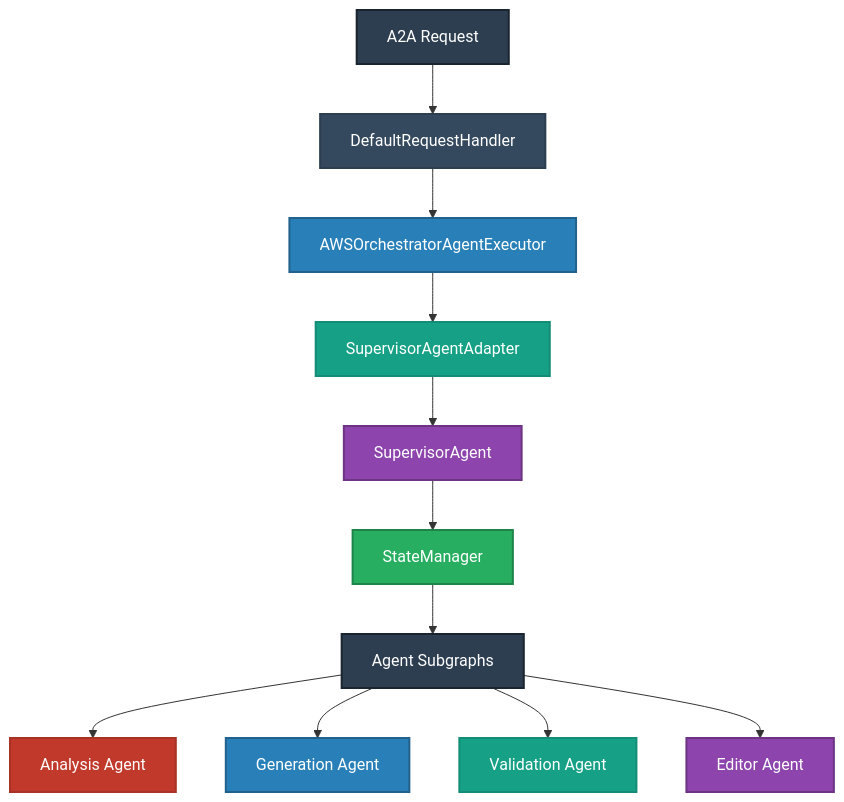
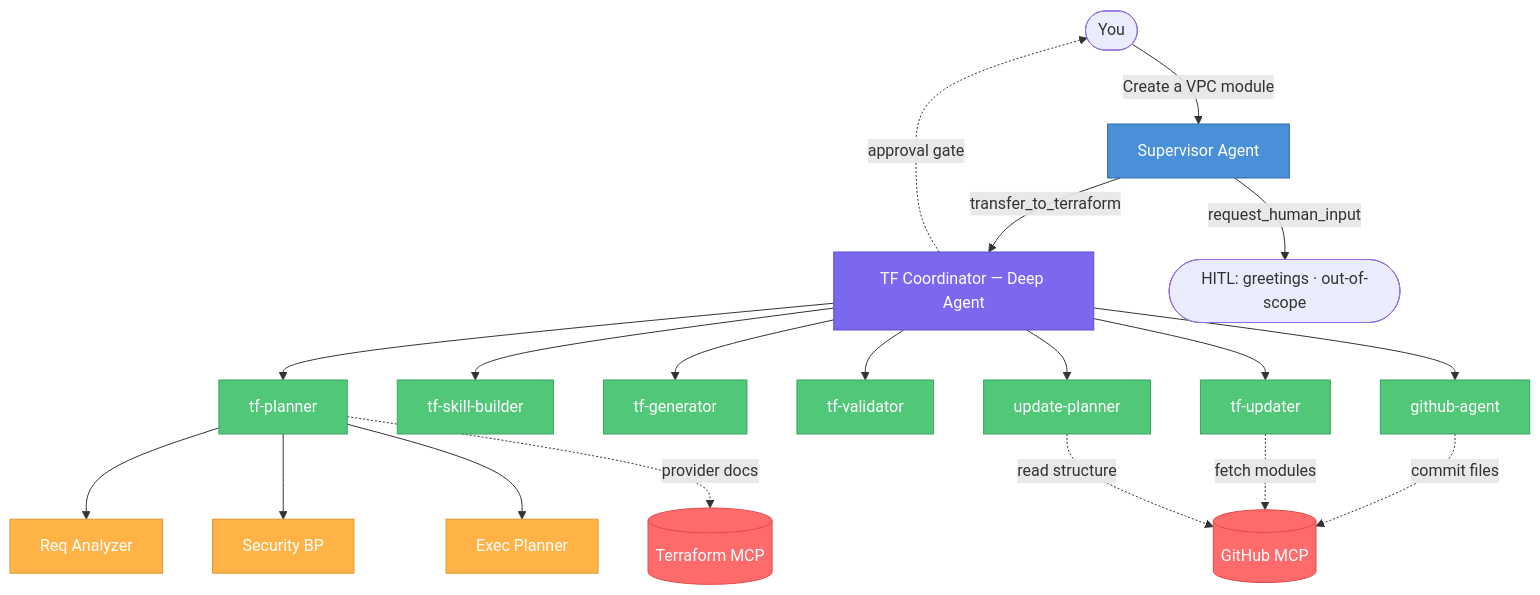
One commit to talkops-ai/aws-orchestrator-agent changed the diagram in README.md. Above: the diagram before and after it, drawn with Mermaid. The commit also changed other lines of this file and 213 other files, not shown here.

Commit message:
refactor: overhaul agent architecture by replacing legacy generator/planner modules with a new TF operator system and integrating the A2UI extension.

````diff
--- a/README.md
+++ b/README.md
@@ -125,26 +84,41 @@
 ```mermaid
 graph TD
-    A[A2A Request] --> B[DefaultRequestHandler]
-    B --> C[AWSOrchestratorAgentExecutor]
-    C --> D[SupervisorAgentAdapter]
-    D --> E[SupervisorAgent]
-    E --> F[StateManager]
-    F --> G[Agent Subgraphs]
-    
-    G --> H[Analysis Agent]
-    G --> I[Generation Agent]
-    G --> J[Validation Agent]
-    G --> K[Editor Agent]
-    
-    style A fill:#2c3e50,stroke:#1a252f,stroke-width:2px,color:#fff
-    style B fill:#34495e,stroke:#2c3e50,stroke-width:2px,color:#fff
-    style C fill:#2980b9,stroke:#21618c,stroke-width:2px,color:#fff
-    style D fill:#16a085,stroke:#138d75,stroke-width:2px,color:#fff
-    style E fill:#8e44ad,stroke:#6c3483,stroke-width:2px,color:#fff
-    style F fill:#27ae60,stroke:#1e8449,stroke-width:2px,color:#fff
-    style G fill:#2c3e50,stroke:#1a252f,stroke-width:2px,color:#fff
-    style H fill:#c0392b,stroke:#a93226,stroke-width:2px,color:#fff
-    style I fill:#2980b9,stroke:#21618c,stroke-width:2px,color:#fff
-    style J fill:#16a085,stroke:#138d75,stroke-width:2px,color:#fff
-    style K fill:#8e44ad,stroke:#6c3483,stroke-width:2px,color:#fff
+    User([You]) -->|"Create a VPC module"| S[Supervisor Agent]
+
+    S -->|transfer_to_terraform| C[TF Coordinator — Deep Agent]
+    S -->|request_human_input| H([HITL: greetings · out-of-scope])
+
+    C --> P[tf-planner]
+    C --> SB[tf-skill-builder]
+    C --> G[tf-generator]
+    C --> V[tf-validator]
+    C --> UP[update-planner]
+    C --> TU[tf-updater]
+    C --> GA[github-agent]
+
+    P --> RA[Req Analyzer]
+    P --> SEC[Security BP]
+    P --> EP[Exec Planner]
+
+    P -.->|provider docs| TF_MCP[(Terraform MCP)]
+    GA -.->|commit files| GH_MCP[(GitHub MCP)]
+    TU -.->|fetch modules| GH_MCP
+    UP -.->|read structure| GH_MCP
+
+    C -.->|approval gate| User
+
+    style S fill:#4A90D9,stroke:#2E6BA6,color:#fff
+    style C fill:#7B68EE,stroke:#5A4FCF,color:#fff
+    style P fill:#50C878,stroke:#3BA366,color:#fff
+    style SB fill:#50C878,stroke:#3BA366,color:#fff
+    style G fill:#50C878,stroke:#3BA366,color:#fff
+    style V fill:#50C878,stroke:#3BA366,color:#fff
+    style UP fill:#50C878,stroke:#3BA366,color:#fff
+    style TU fill:#50C878,stroke:#3BA366,color:#fff
+    style GA fill:#50C878,stroke:#3BA366,color:#fff
+    style RA fill:#FFB347,stroke:#E09530,color:#fff
+    style SEC fill:#FFB347,stroke:#E09530,color:#fff
+    style EP fill:#FFB347,stroke:#E09530,color:#fff
+    style TF_MCP fill:#FF6B6B,stroke:#E04A4A,color:#fff
+    style GH_MCP fill:#FF6B6B,stroke:#E04A4A,color:#fff
 ```
````
